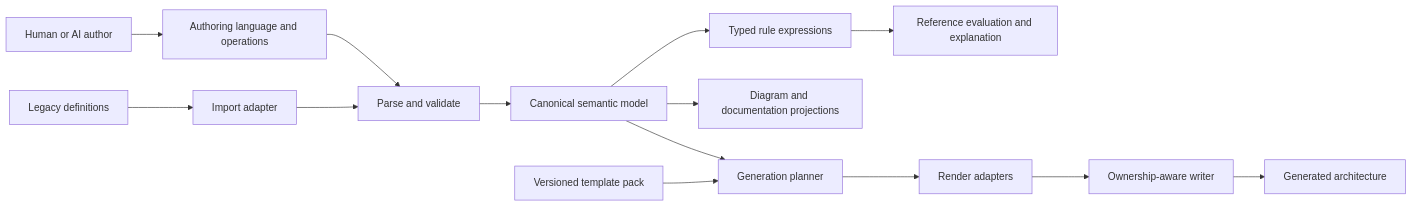
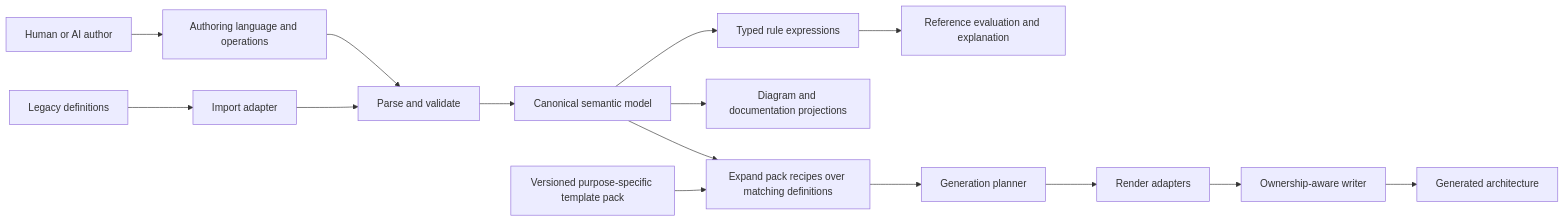
One commit to Allann/Modeller.Next changed diagram 12 of 13 in docs/architecture/architecture-101.md. Above: the diagram before and after it, drawn with Mermaid. The commit also changed 104 other files, not shown here.

````diff
--- a/docs/architecture/architecture-101.md
+++ b/docs/architecture/architecture-101.md
@@ -365,18 +365,19 @@
 ```mermaid
 flowchart LR
     Author[Human or AI author] --> Authoring[Authoring language and operations]
     Legacy[Legacy definitions] --> Import[Import adapter]
     Authoring --> Parse[Parse and validate]
     Import --> Parse
     Parse --> Model[Canonical semantic model]
 
     Model --> Rules[Typed rule expressions]
     Rules --> Explain[Reference evaluation and explanation]
 
     Model --> Projections[Diagram and documentation projections]
-    Model --> Planner[Generation planner]
-    Pack[Versioned template pack] --> Planner
+    Model --> Expand[Expand pack recipes over matching definitions]
+    Pack[Versioned purpose-specific template pack] --> Expand
+    Expand --> Planner[Generation planner]
     Planner --> Render[Render adapters]
     Render --> Write[Ownership-aware writer]
     Write --> Output[Generated architecture]
 ```
````
